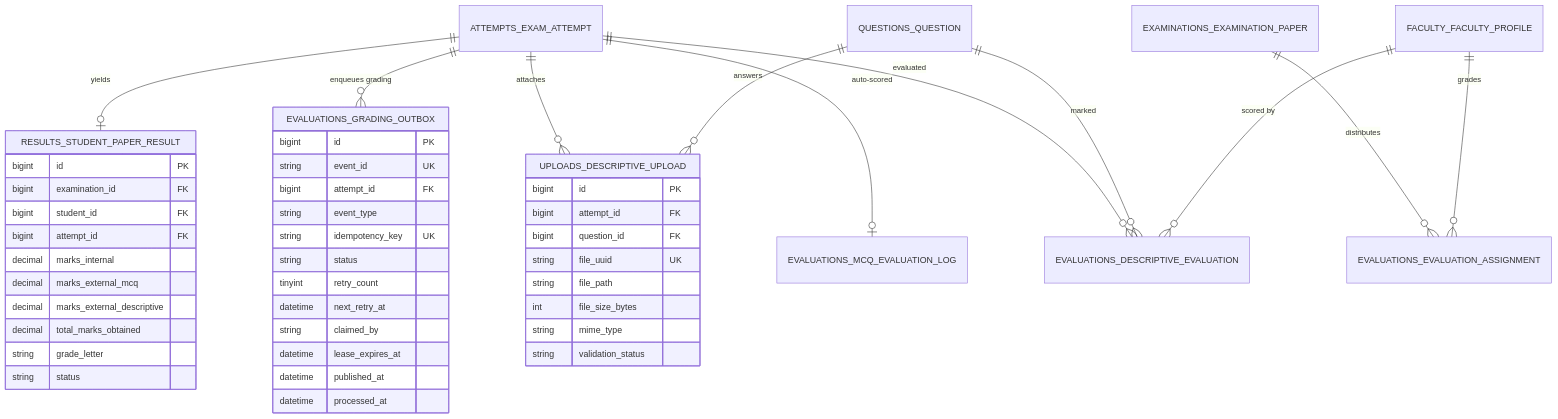
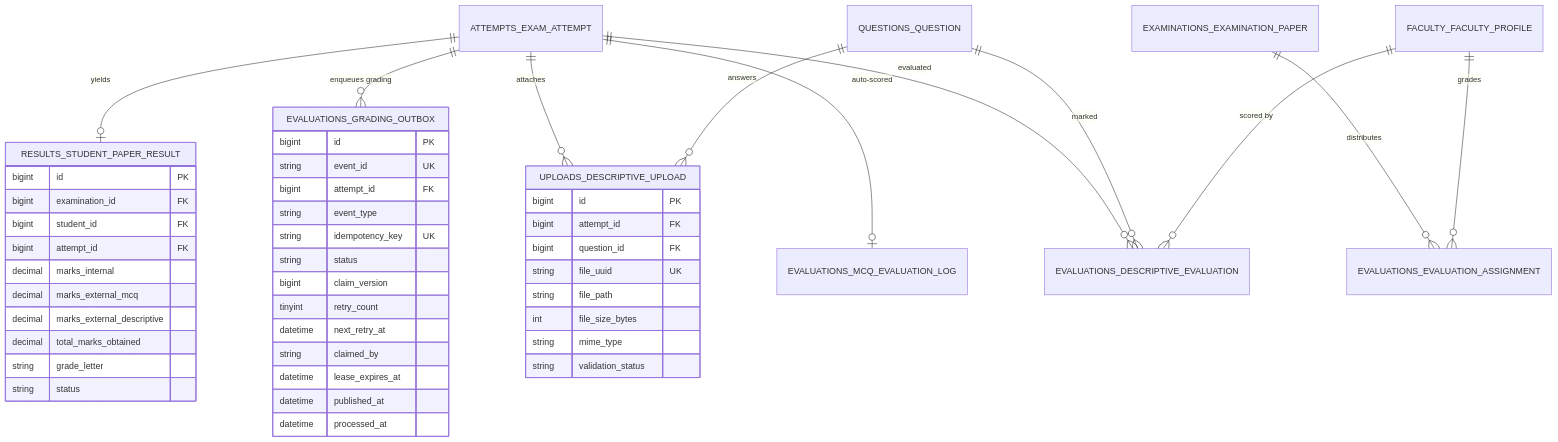
One commit to USER-00001-IND/college-online-examination-system changed the fifth of 7 diagrams in docs/database-architecture.md. Above: the diagram before and after it, drawn with Mermaid. The commit also changed other lines of this file and 2 other files, not shown here.

````diff
--- a/docs/database-architecture.md
+++ b/docs/database-architecture.md
@@ -1785,53 +1849,54 @@
 ```mermaid
 erDiagram
     ATTEMPTS_EXAM_ATTEMPT ||--o{ UPLOADS_DESCRIPTIVE_UPLOAD : "attaches"
     QUESTIONS_QUESTION ||--o{ UPLOADS_DESCRIPTIVE_UPLOAD : "answers"
 
     EXAMINATIONS_EXAMINATION_PAPER ||--o{ EVALUATIONS_EVALUATION_ASSIGNMENT : "distributes"
     FACULTY_FACULTY_PROFILE ||--o{ EVALUATIONS_EVALUATION_ASSIGNMENT : "grades"
 
     ATTEMPTS_EXAM_ATTEMPT ||--o{ EVALUATIONS_DESCRIPTIVE_EVALUATION : "evaluated"
     QUESTIONS_QUESTION ||--o{ EVALUATIONS_DESCRIPTIVE_EVALUATION : "marked"
     FACULTY_FACULTY_PROFILE ||--o{ EVALUATIONS_DESCRIPTIVE_EVALUATION : "scored by"
 
     ATTEMPTS_EXAM_ATTEMPT ||--o| EVALUATIONS_MCQ_EVALUATION_LOG : "auto-scored"
     ATTEMPTS_EXAM_ATTEMPT ||--o{ EVALUATIONS_GRADING_OUTBOX : "enqueues grading"
     ATTEMPTS_EXAM_ATTEMPT ||--o| RESULTS_STUDENT_PAPER_RESULT : "yields"
 
     UPLOADS_DESCRIPTIVE_UPLOAD {
         bigint id PK
         bigint attempt_id FK
         bigint question_id FK
         string file_uuid UK
         string file_path
         int file_size_bytes
         string mime_type
         string validation_status
     }
     EVALUATIONS_GRADING_OUTBOX {
         bigint id PK
         string event_id UK
         bigint attempt_id FK
         string event_type
         string idempotency_key UK
         string status
+        bigint claim_version
         tinyint retry_count
         datetime next_retry_at
         string claimed_by
         datetime lease_expires_at
         datetime published_at
         datetime processed_at
     }
     RESULTS_STUDENT_PAPER_RESULT {
         bigint id PK
         bigint examination_id FK
         bigint student_id FK
         bigint attempt_id FK
         decimal marks_internal
         decimal marks_external_mcq
         decimal marks_external_descriptive
         decimal total_marks_obtained
         string grade_letter
         string status
     }
 ```
````
